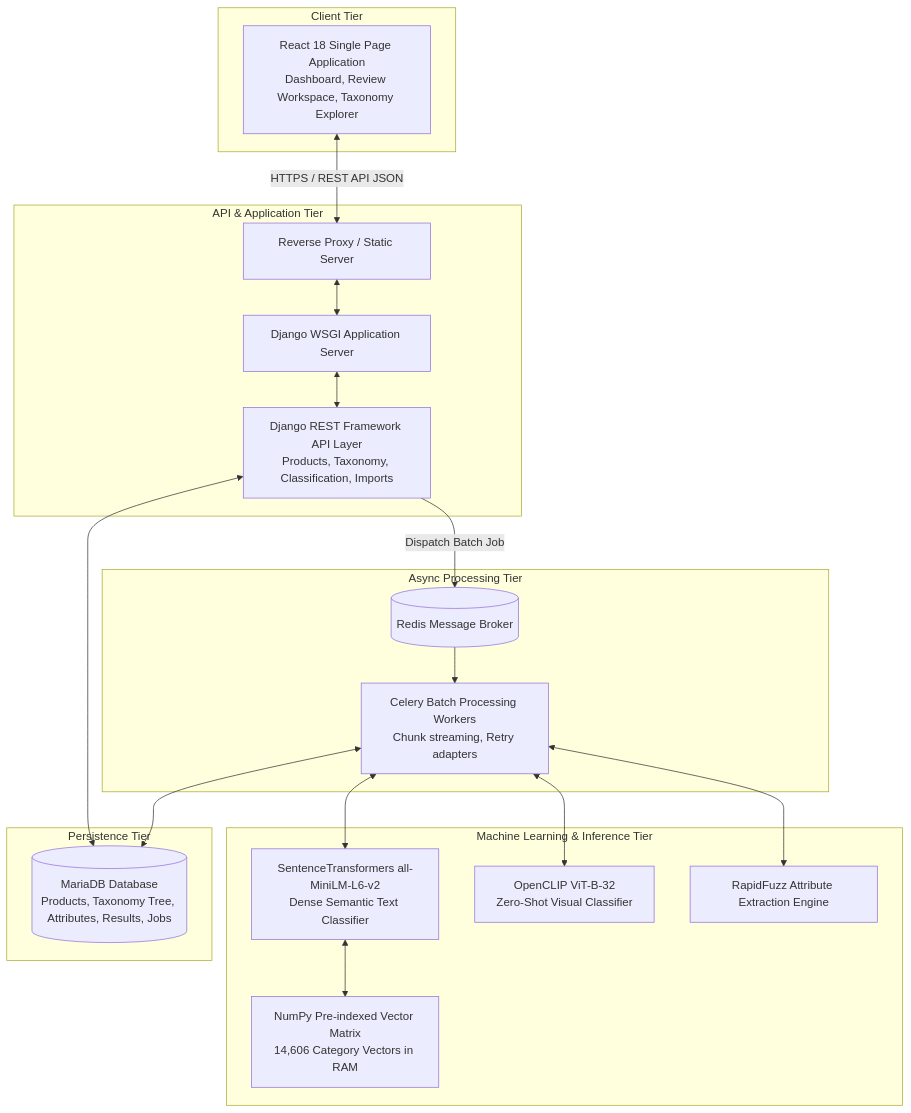
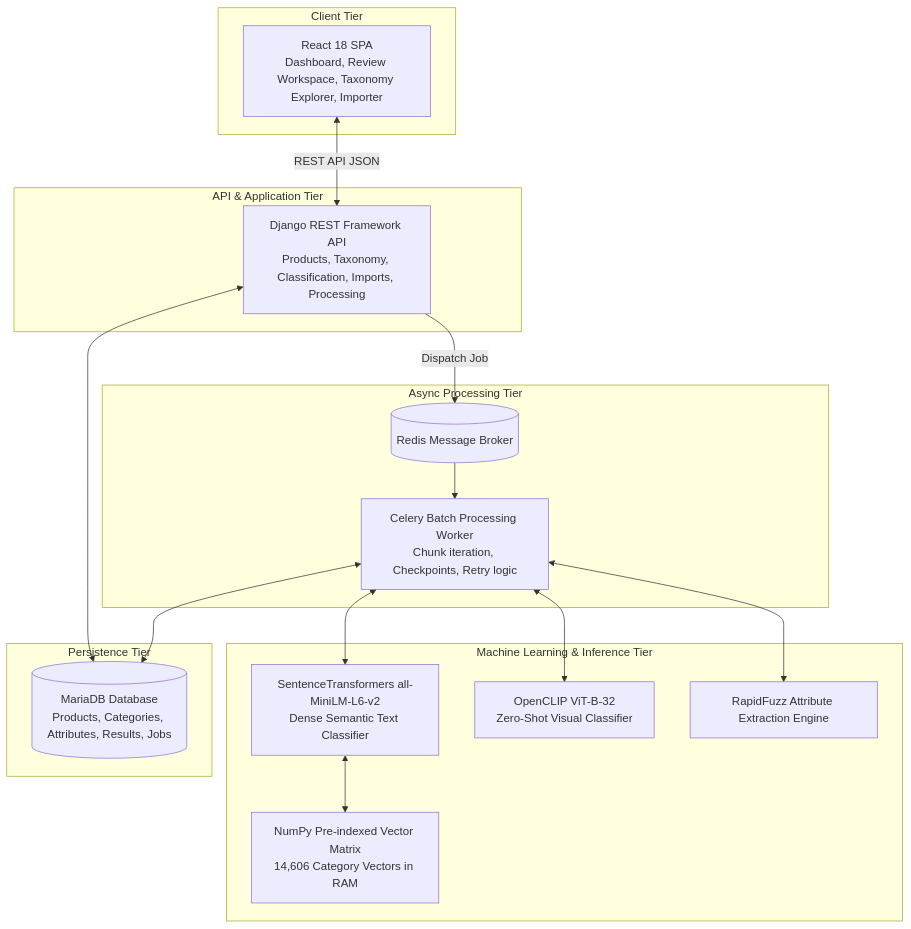
One commit to akheedha/product_taxonomy_classifier changed the sixth of 6 diagrams in QUESTIONS.md. Above: the diagram before and after it, drawn with Mermaid. The commit also changed other lines of this file, not shown here.

````diff
--- a/QUESTIONS.md
+++ b/QUESTIONS.md
@@ -480,40 +552,36 @@
 ```mermaid
 graph TB
     subgraph Client Tier
-        UI[React 18 Single Page Application\nDashboard, Review Workspace, Taxonomy Explorer]
+        UI[React 18 SPA\nDashboard, Review Workspace, Taxonomy Explorer, Importer]
     end
 
     subgraph API & Application Tier
-        Nginx[Reverse Proxy / Static Server]
-        Gunicorn[Django WSGI Application Server]
-        DRF[Django REST Framework API Layer\nProducts, Taxonomy, Classification, Imports]
+        DRF[Django REST Framework API\nProducts, Taxonomy, Classification, Imports, Processing]
     end
 
     subgraph Async Processing Tier
         Redis[(Redis Message Broker)]
-        CeleryWorker[Celery Batch Processing Workers\nChunk streaming, Retry adapters]
+        CeleryWorker[Celery Batch Processing Worker\nChunk iteration, Checkpoints, Retry logic]
     end
 
     subgraph Machine Learning & Inference Tier
         ST[SentenceTransformers all-MiniLM-L6-v2\nDense Semantic Text Classifier]
         CLIP[OpenCLIP ViT-B-32\nZero-Shot Visual Classifier]
         Fuzz[RapidFuzz Attribute Extraction Engine]
         Cache[NumPy Pre-indexed Vector Matrix\n14,606 Category Vectors in RAM]
     end
 
     subgraph Persistence Tier
-        DB[(MariaDB Database\nProducts, Taxonomy Tree, Attributes, Results, Jobs)]
+        DB[(MariaDB Database\nProducts, Categories, Attributes, Results, Jobs)]
     end
 
-    UI <-->|HTTPS / REST API JSON| Nginx
-    Nginx <--> Gunicorn
-    Gunicorn <--> DRF
+    UI <-->|REST API JSON| DRF
     DRF <--> DB
-    DRF -->|Dispatch Batch Job| Redis
+    DRF -->|Dispatch Job| Redis
     Redis --> CeleryWorker
     CeleryWorker <--> ST
     CeleryWorker <--> CLIP
     CeleryWorker <--> Fuzz
     ST <--> Cache
     CeleryWorker <--> DB
 ```
````
